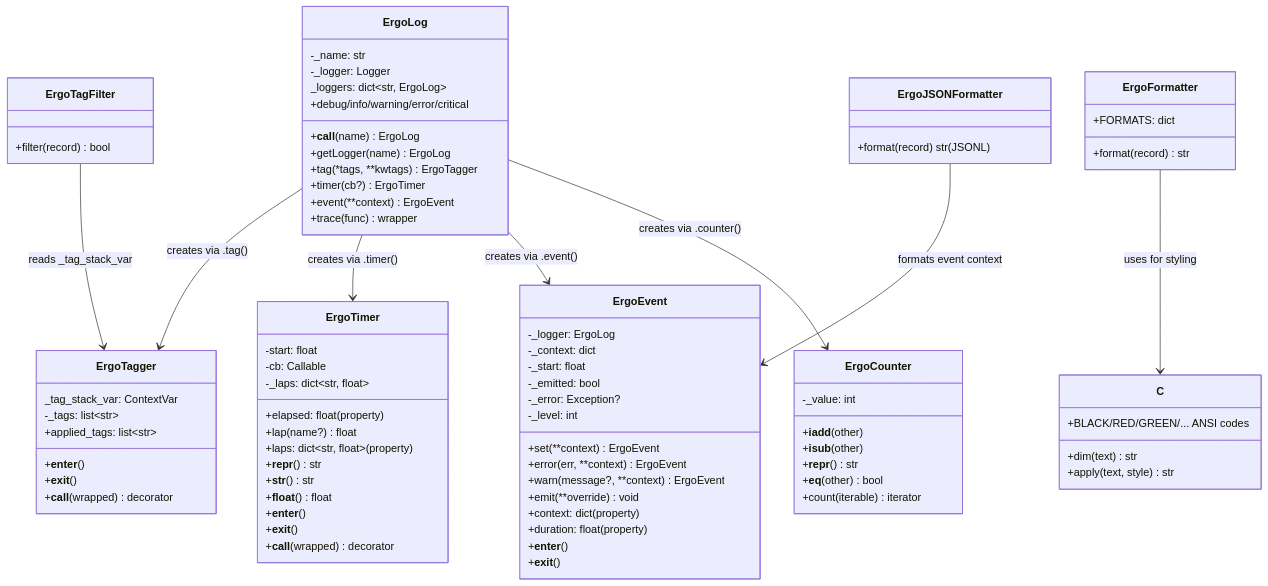
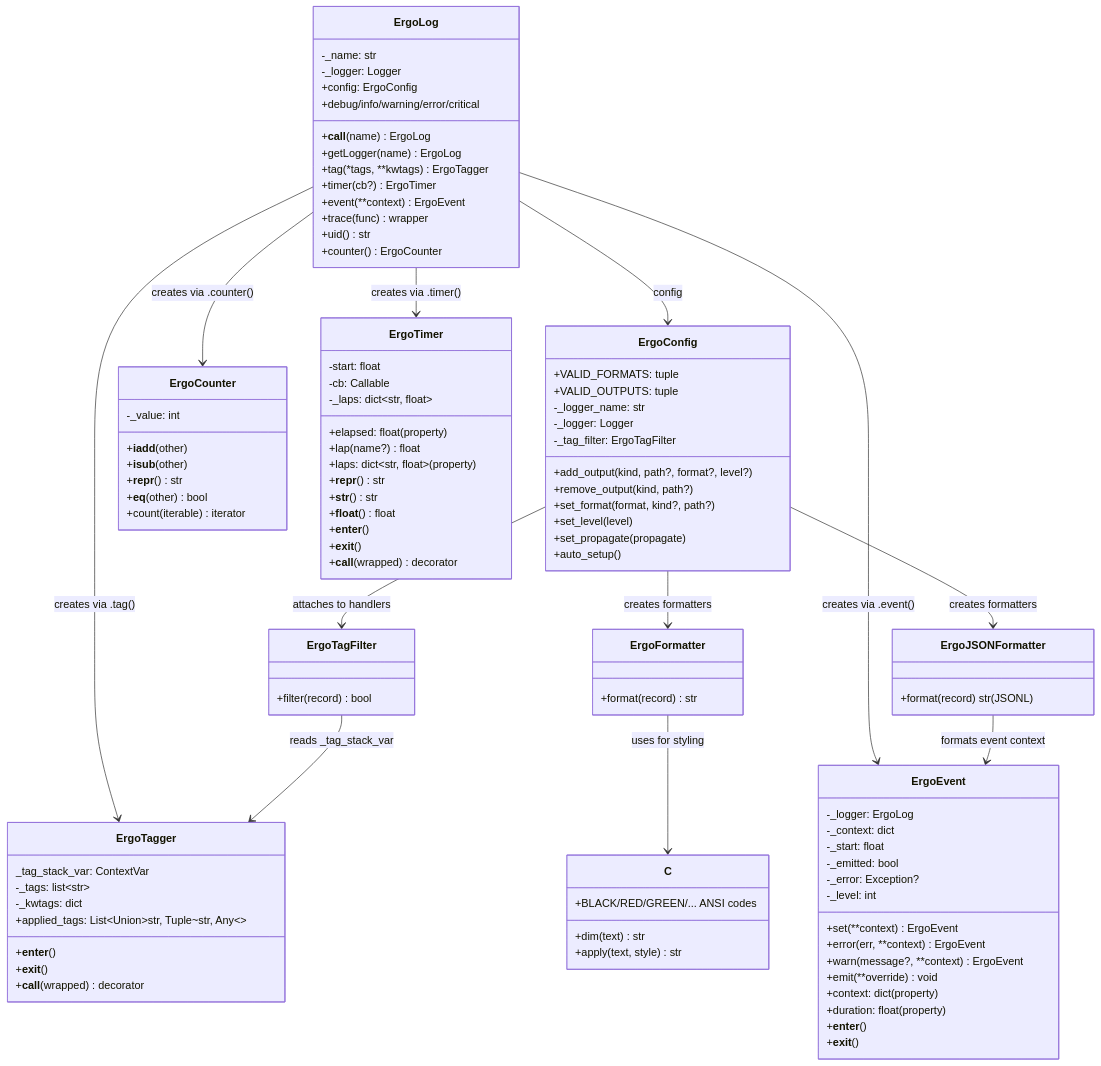
Before and after one commit to DaelonSuzuka/ergolog: the diagram in lode/core/summary.md, drawn with Mermaid. The commit also changed other lines of this file and 9 other files, not shown here.

Commit message:
Replace config dict with ErgoConfig class; add eg.config API, ERGOLOG_NO_AUTO_SETUP env var, and config tests

````diff
--- a/lode/core/summary.md
+++ b/lode/core/summary.md
@@ -9,7 +9,7 @@
     class ErgoLog {
         -_name: str
         -_logger: Logger
-        _loggers: dict~str, ErgoLog~
+        +config: ErgoConfig
         +debug/info/warning/error/critical
         +__call__(name) ErgoLog
         +getLogger(name) ErgoLog
@@ -17,11 +17,27 @@
         +timer(cb?) ErgoTimer
         +event(**context) ErgoEvent
         +trace(func) wrapper
+        +uid() str
+        +counter() ErgoCounter
+    }
+    class ErgoConfig {
+        +VALID_FORMATS: tuple
+        +VALID_OUTPUTS: tuple
+        -_logger_name: str
+        -_logger: Logger
+        -_tag_filter: ErgoTagFilter
+        +add_output(kind, path?, format?, level?)
+        +remove_output(kind, path?)
+        +set_format(format, kind?, path?)
+        +set_level(level)
+        +set_propagate(propagate)
+        +auto_setup()
     }
     class ErgoTagger {
         _tag_stack_var: ContextVar
         -_tags: list~str~
-        +applied_tags: list~str~
+        -_kwtags: dict
+        +applied_tags: List~Union~str, Tuple~str, Any~~
         +__enter__()
         +__exit__()
         +__call__(wrapped) decorator
@@ -68,7 +84,6 @@
         +__call__(wrapped) decorator
     }
     class ErgoFormatter {
-        +FORMATS: dict
         +format(record) str
     }
     class ErgoJSONFormatter {
@@ -79,6 +94,7 @@
         +dim(text) str
         +apply(text, style) str
     }
+    ErgoLog --> ErgoConfig : config
     ErgoLog --> ErgoTagger : creates via .tag()
     ErgoLog --> ErgoTimer : creates via .timer()
     ErgoLog --> ErgoEvent : creates via .event()
@@ -86,4 +102,7 @@
     ErgoTagFilter --> ErgoTagger : reads _tag_stack_var
     ErgoFormatter --> C : uses for styling
     ErgoJSONFormatter --> ErgoEvent : formats event context
+    ErgoConfig --> ErgoTagFilter : attaches to handlers
+    ErgoConfig --> ErgoFormatter : creates formatters
+    ErgoConfig --> ErgoJSONFormatter : creates formatters
 ```
````
